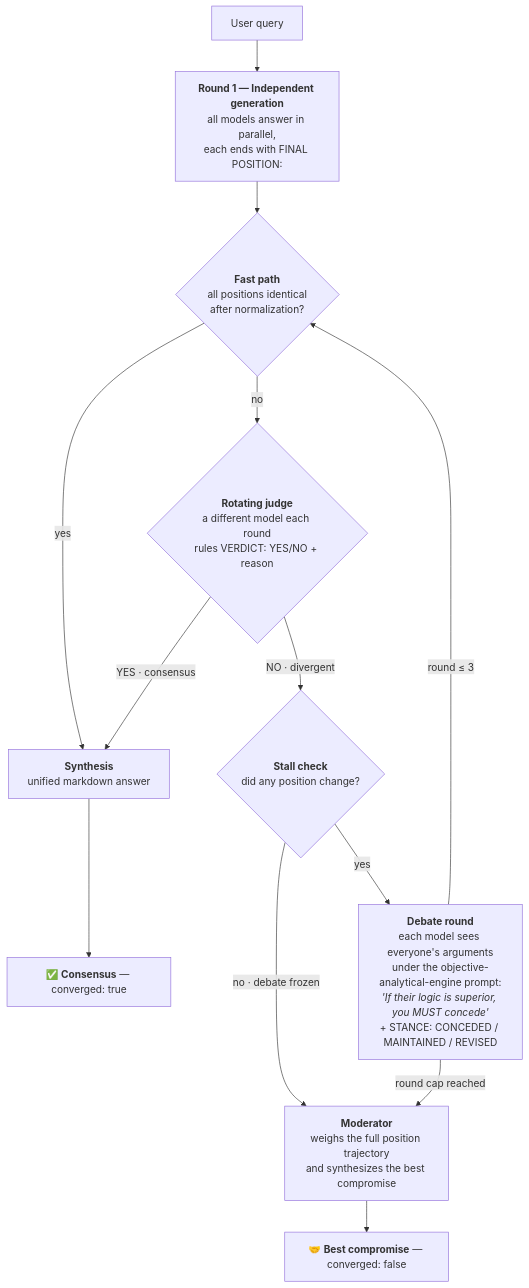
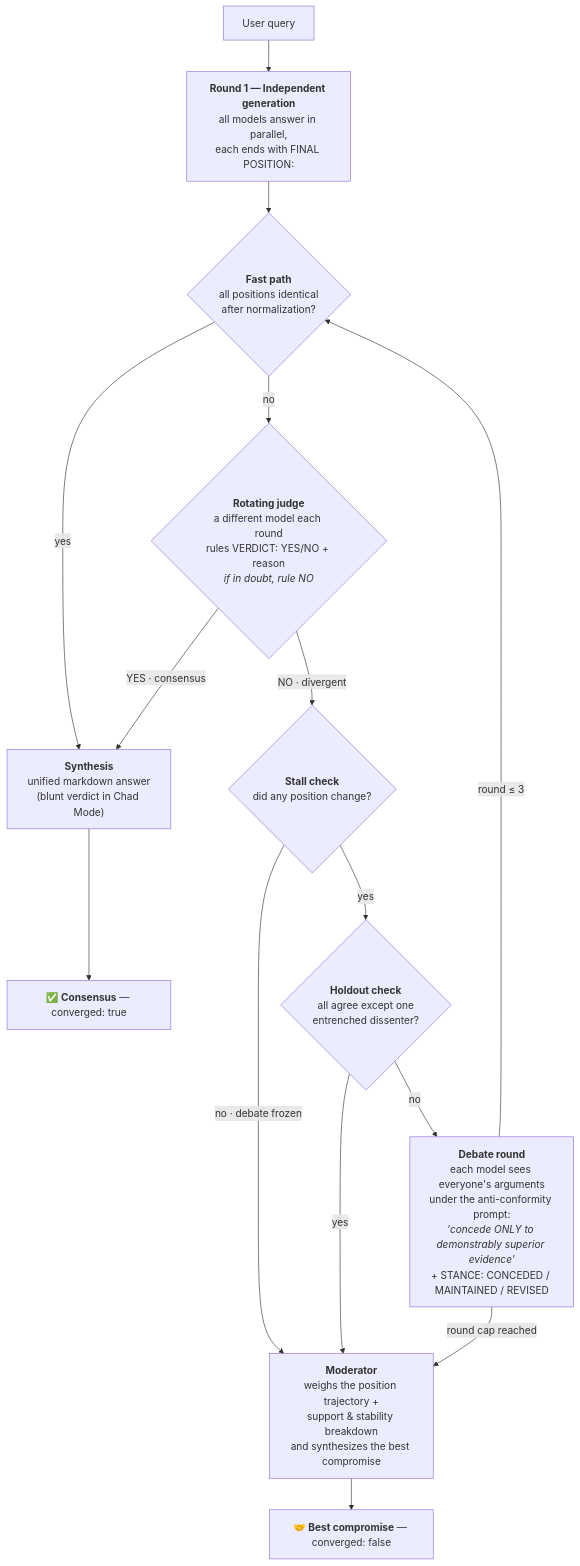
The diagram in README.md (C-L-U/OpenThink), drawn with Mermaid before and after one commit. The commit also changed other lines of this file and 24 other files, not shown here.

````diff
--- a/README.md
+++ b/README.md
@@ -111,15 +118,17 @@
 ```mermaid
 flowchart TD
     Q[User query] --> R1["<b>Round 1 — Independent generation</b><br/>all models answer in parallel,<br/>each ends with FINAL POSITION:"]
     R1 --> FP{"<b>Fast path</b><br/>all positions identical<br/>after normalization?"}
-    FP -- yes --> SYN["<b>Synthesis</b><br/>unified markdown answer"]
-    FP -- no --> J{"<b>Rotating judge</b><br/>a different model each round<br/>rules VERDICT: YES/NO + reason"}
+    FP -- yes --> SYN["<b>Synthesis</b><br/>unified markdown answer<br/>(blunt verdict in Chad Mode)"]
+    FP -- no --> J{"<b>Rotating judge</b><br/>a different model each round<br/>rules VERDICT: YES/NO + reason<br/><i>if in doubt, rule NO</i>"}
     J -- "YES · consensus" --> SYN
     J -- "NO · divergent" --> S{"<b>Stall check</b><br/>did any position change?"}
     S -- "no · debate frozen" --> MOD
-    S -- yes --> RN["<b>Debate round</b><br/>each model sees everyone's arguments<br/>under the objective-analytical-engine prompt:<br/><i>'If their logic is superior, you MUST concede'</i><br/>+ STANCE: CONCEDED / MAINTAINED / REVISED"]
+    S -- yes --> H{"<b>Holdout check</b><br/>all agree except one<br/>entrenched dissenter?"}
+    H -- yes --> MOD
+    H -- no --> RN["<b>Debate round</b><br/>each model sees everyone's arguments<br/>under the anti-conformity prompt:<br/><i>'concede ONLY to demonstrably superior evidence'</i><br/>+ STANCE: CONCEDED / MAINTAINED / REVISED"]
     RN -- "round ≤ 3" --> FP
-    RN -- "round cap reached" --> MOD["<b>Moderator</b><br/>weighs the full position trajectory<br/>and synthesizes the best compromise"]
+    RN -- "round cap reached" --> MOD["<b>Moderator</b><br/>weighs the position trajectory +<br/>support & stability breakdown<br/>and synthesizes the best compromise"]
     SYN --> C["✅ <b>Consensus</b> — converged: true"]
     MOD --> NC["🤝 <b>Best compromise</b> — converged: false"]
 ```
````
